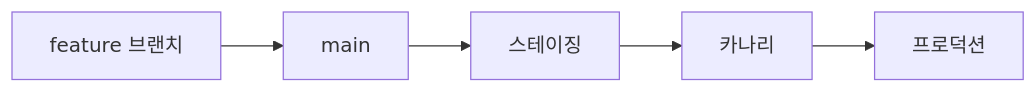
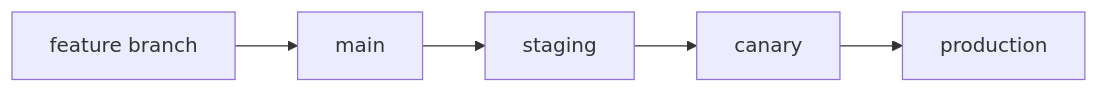
The diagram in content/software-engineering-101/ko/06-version-control-and-release.md (yeongseon-books/book-content), drawn with Mermaid before and after one commit. The commit also changed other lines of this file and 9 other files, not shown here.

````diff
--- a/content/software-engineering-101/ko/06-version-control-and-release.md
+++ b/content/software-engineering-101/ko/06-version-control-and-release.md
@@ -36,7 +50,7 @@
 ```mermaid
 flowchart LR
-    F["feature 브랜치"] --> M["main"]
-    M --> S["스테이징"]
-    S --> C["카나리"]
-    C --> P["프로덕션"]
+    F["feature branch"] --> M["main"]
+    M --> S["staging"]
+    S --> C["canary"]
+    C --> P["production"]
 ```
````
